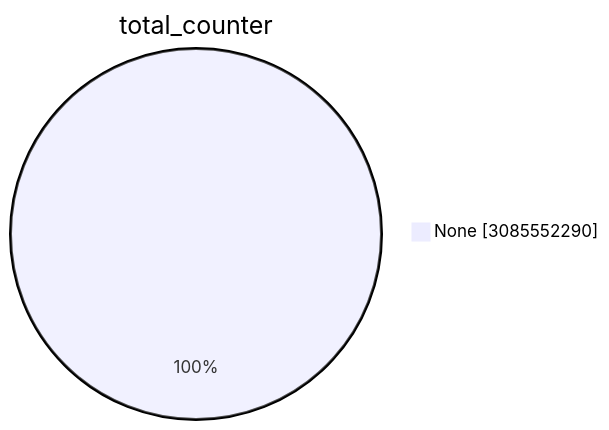
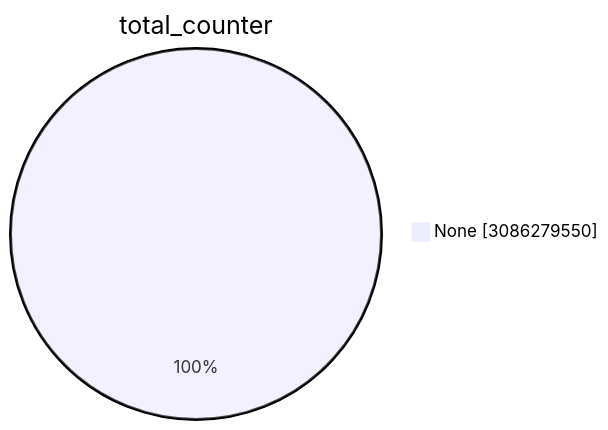
The first of 15 diagrams in TOTAL/README.md (christiankrug/ctmonitor_visualization), drawn with Mermaid before and after one commit. The commit also changed other lines of this file, not shown here.

````diff
--- a/TOTAL/README.md
+++ b/TOTAL/README.md
@@ -1,5 +1,5 @@
 ```mermaid
 pie showData
 title total_counter
-"None" :3085552290
+"None" :3086279550
 ```
````
